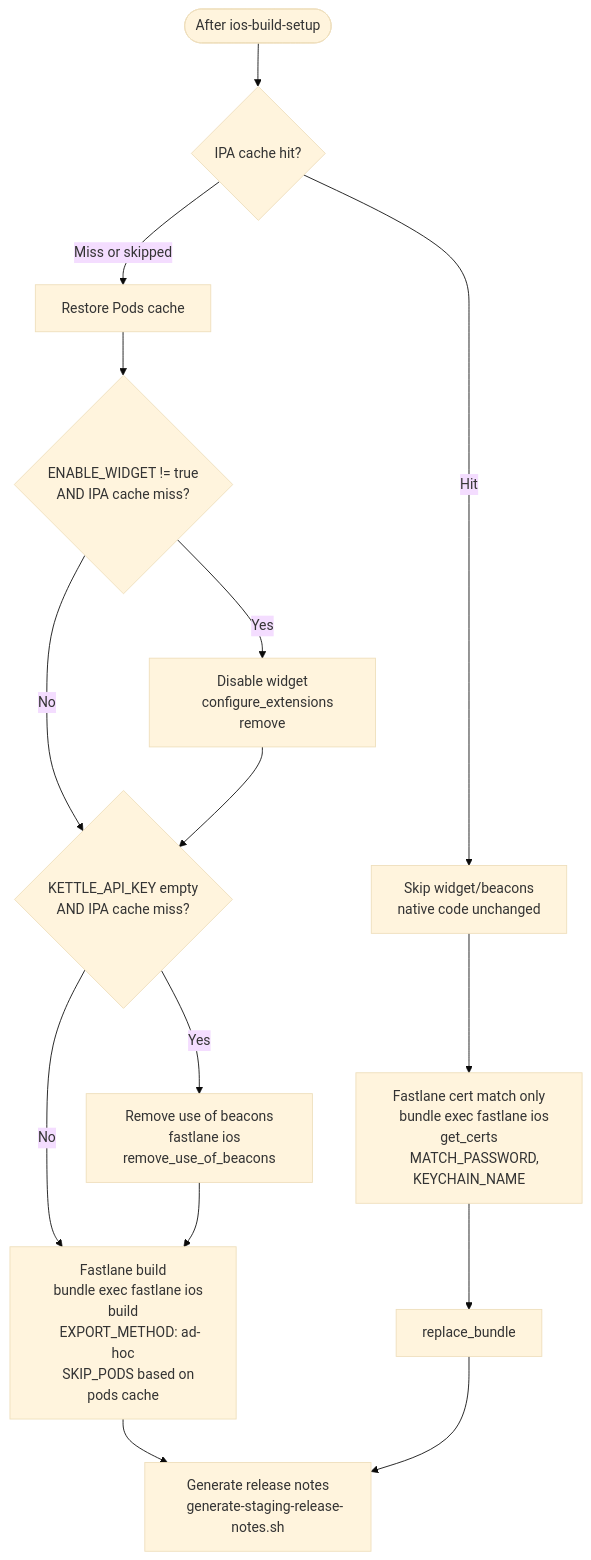
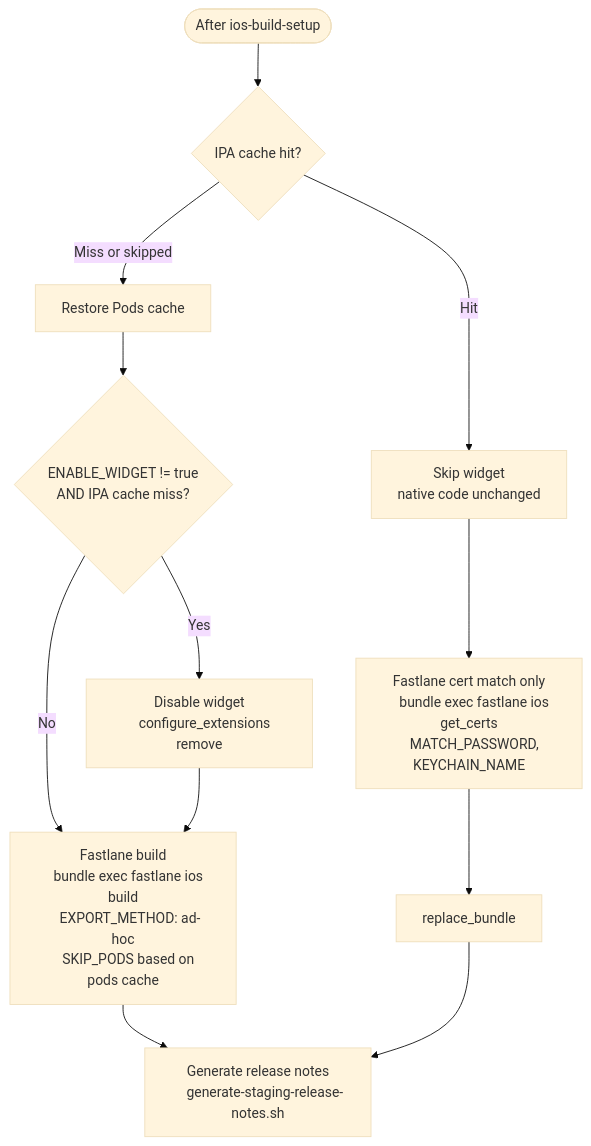
The third of 7 diagrams in docs/ios-build-staging-graph.md (AtB-AS/mittatb-app), drawn with Mermaid (base theme) before and after one commit. The commit also changed other lines of this file and 1 other file, not shown here.

Commit message:
update docs after removing beacons

````diff
--- a/docs/ios-build-staging-graph.md
+++ b/docs/ios-build-staging-graph.md
@@ -154,44 +154,37 @@
 ```mermaid
 flowchart TD
     setup_done(["After ios-build-setup"])
 
     setup_done --> pods_restore{"IPA cache hit?"}
 
     pods_restore -- "Miss or skipped" --> restore_pods["Restore Pods cache"]
     pods_restore -- "Hit" --> widget_skip
 
     restore_pods --> widget_check{"ENABLE_WIDGET != true
     AND IPA cache miss?"}
 
     widget_check -- Yes --> disable_widget["Disable widget
     configure_extensions remove"]
-    widget_check -- No --> beacon_check
+    widget_check -- No --> fastlane_build
 
-    disable_widget --> beacon_check{"KETTLE_API_KEY empty
-    AND IPA cache miss?"}
-
-    beacon_check -- Yes --> remove_beacons["Remove use of beacons
-    fastlane ios remove_use_of_beacons"]
-    beacon_check -- No --> fastlane_build
-
-    remove_beacons --> fastlane_build["Fastlane build
+    disable_widget --> fastlane_build["Fastlane build
     bundle exec fastlane ios build
     EXPORT_METHOD: ad-hoc
     SKIP_PODS based on pods cache"]
 
     fastlane_build --> release_notes
 
-    widget_skip["Skip widget/beacons
+    widget_skip["Skip widget
     native code unchanged"] --> cert_match
 
     cert_match["Fastlane cert match only
     bundle exec fastlane ios get_certs
     MATCH_PASSWORD, KEYCHAIN_NAME"]
 
     cert_match --> replace_bundle
 
     replace_bundle --> release_notes
 
     release_notes["Generate release notes
     generate-staging-release-notes.sh"]
 ```
````
